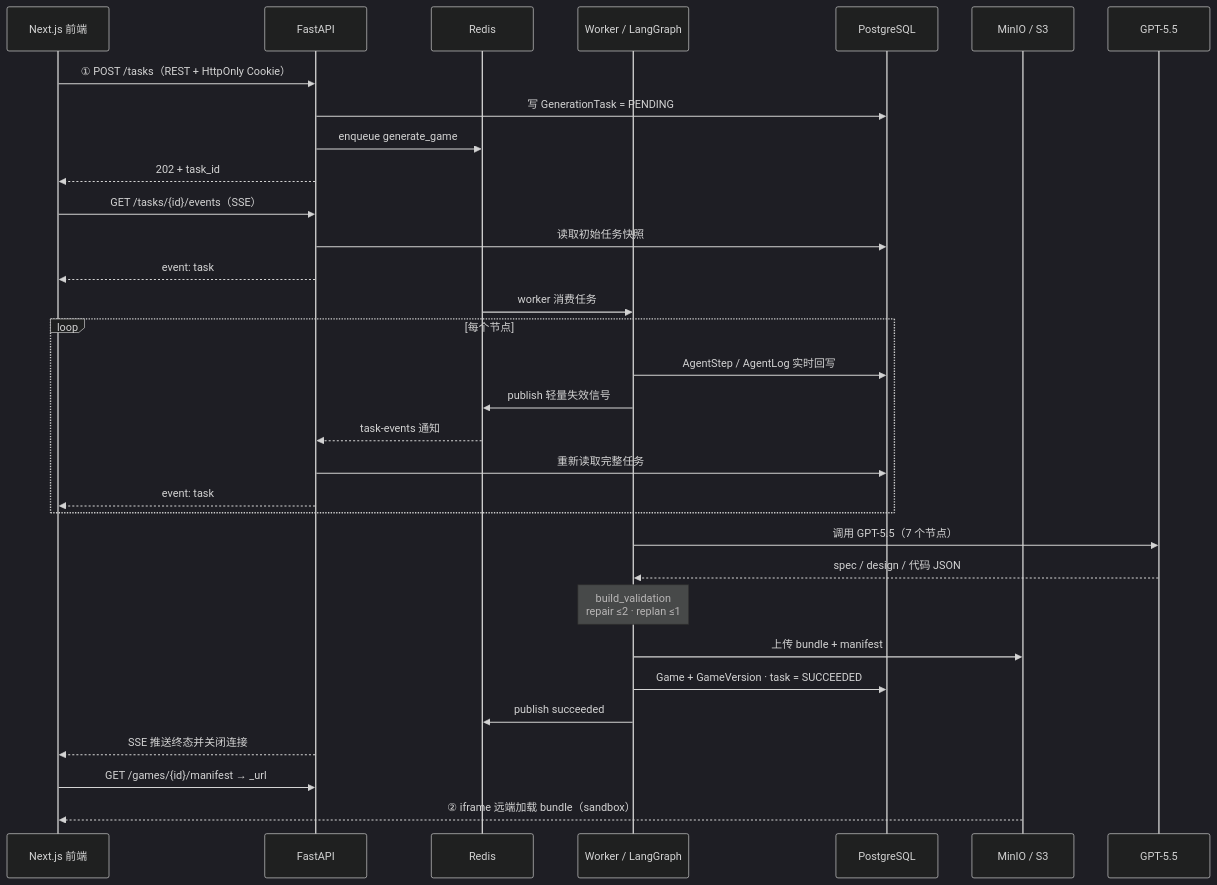
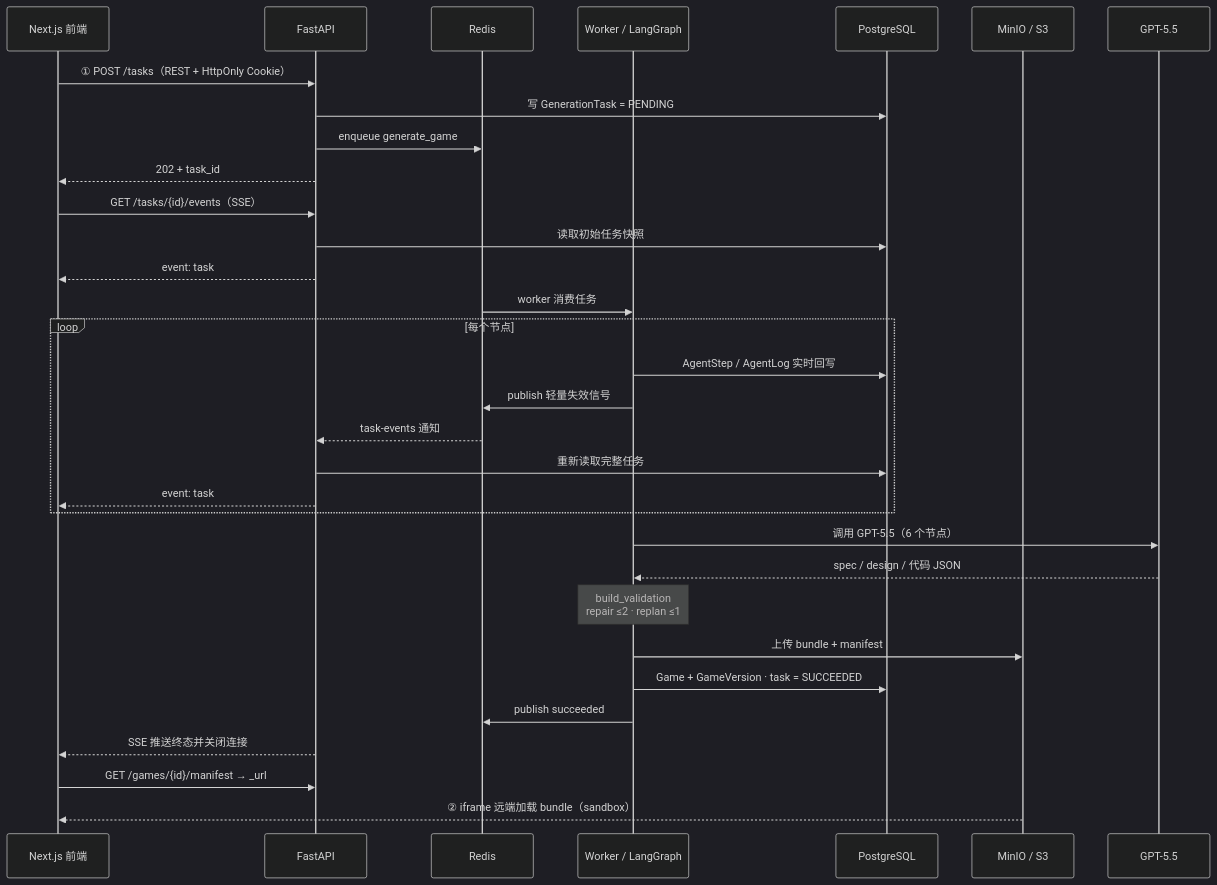
One commit to charlie11sun-netizen/yahaha changed the diagram in docs/系统架构流程讲解.md. Above: the diagram before and after it, drawn with Mermaid (dark theme). The commit also changed other lines of this file and 14 other files, not shown here.

````diff
--- a/docs/系统架构流程讲解.md
+++ b/docs/系统架构流程讲解.md
@@ -33,34 +33,34 @@
 ```mermaid
 sequenceDiagram
     participant FE as Next.js 前端
     participant API as FastAPI
     participant R as Redis
     participant W as Worker / LangGraph
     participant PG as PostgreSQL
     participant S3 as MinIO / S3
     participant M as GPT-5.5
     FE->>API: ① POST /tasks（REST + HttpOnly Cookie）
     API->>PG: 写 GenerationTask = PENDING
     API->>R: enqueue generate_game
     API-->>FE: 202 + task_id
     FE->>API: GET /tasks/{id}/events（SSE）
     API->>PG: 读取初始任务快照
     API-->>FE: event: task
     R->>W: worker 消费任务
     loop 每个节点
         W->>PG: AgentStep / AgentLog 实时回写
         W->>R: publish 轻量失效信号
         R-->>API: task-events 通知
         API->>PG: 重新读取完整任务
         API-->>FE: event: task
     end
-    W->>M: 调用 GPT-5.5（7 个节点）
+    W->>M: 调用 GPT-5.5（6 个节点）
     M-->>W: spec / design / 代码 JSON
     Note over W: build_validation<br/>repair ≤2 · replan ≤1
     W->>S3: 上传 bundle + manifest
     W->>PG: Game + GameVersion · task = SUCCEEDED
     W->>R: publish succeeded
     API-->>FE: SSE 推送终态并关闭连接
     FE->>API: GET /games/{id}/manifest → _url
     S3-->>FE: ② iframe 远端加载 bundle（sandbox）
 ```
````
